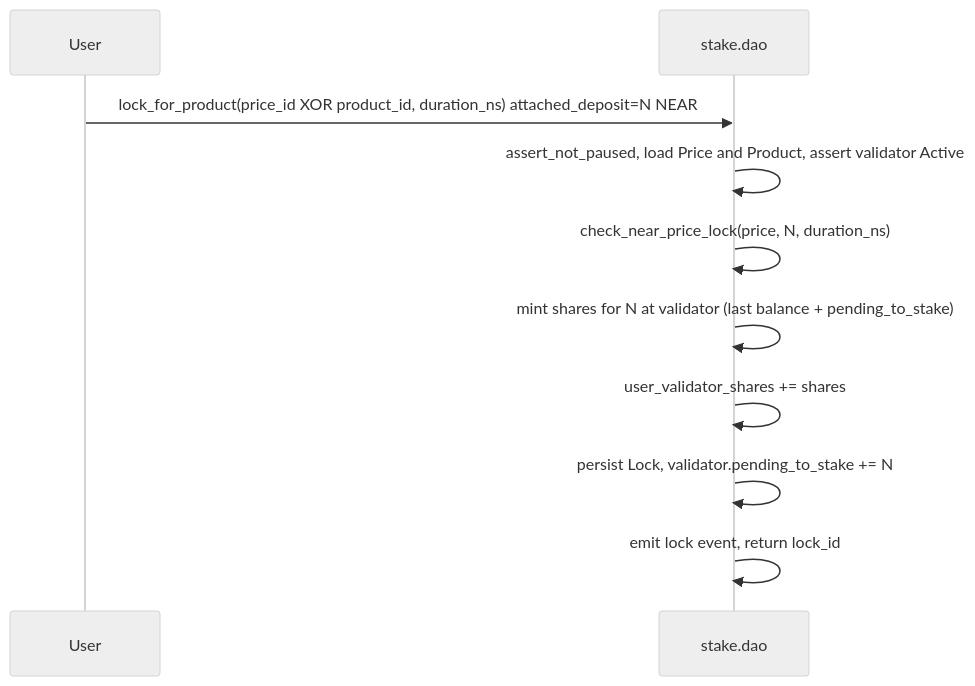
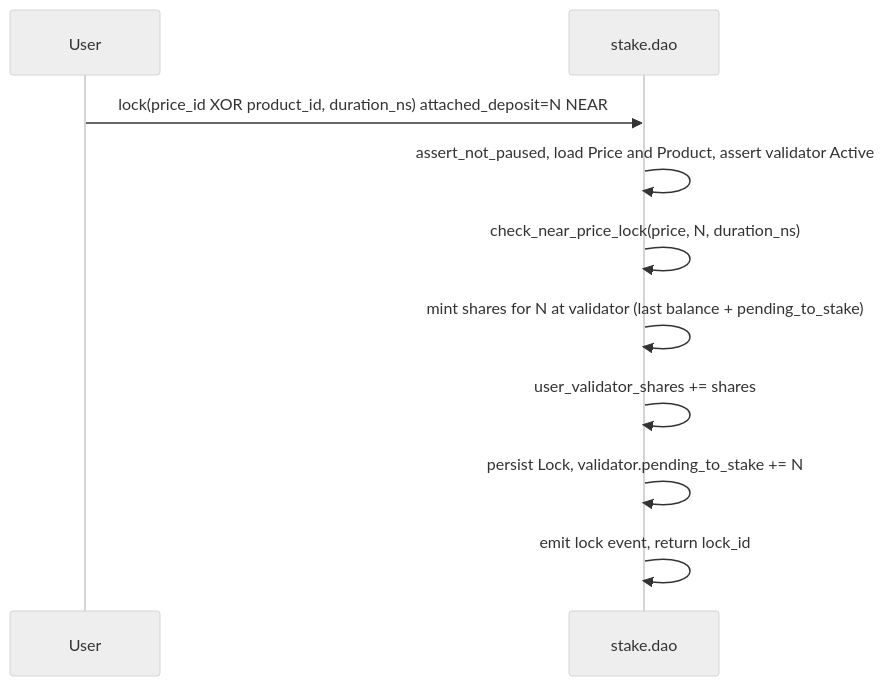
The second of 2 diagrams in staking-contract/docs/PLAN.md (nearai/house-of-stake-contracts), drawn with Mermaid (neutral theme) before and after one commit. The commit also changed other lines of this file and 31 other files, not shown here.

````diff
--- a/staking-contract/docs/PLAN.md
+++ b/staking-contract/docs/PLAN.md
@@ -309,13 +309,13 @@
 ```mermaid
 sequenceDiagram
     participant User
     participant StakeDao as stake.dao
 
-    User->>StakeDao: lock_for_product(price_id XOR product_id, duration_ns) attached_deposit=N NEAR
+    User->>StakeDao: lock(price_id XOR product_id, duration_ns) attached_deposit=N NEAR
     StakeDao->>StakeDao: assert_not_paused, load Price and Product, assert validator Active
     StakeDao->>StakeDao: check_near_price_lock(price, N, duration_ns)
     StakeDao->>StakeDao: mint shares for N at validator (last balance + pending_to_stake)
     StakeDao->>StakeDao: user_validator_shares += shares
     StakeDao->>StakeDao: persist Lock, validator.pending_to_stake += N
     StakeDao->>StakeDao: emit lock event, return lock_id
 ```
````
